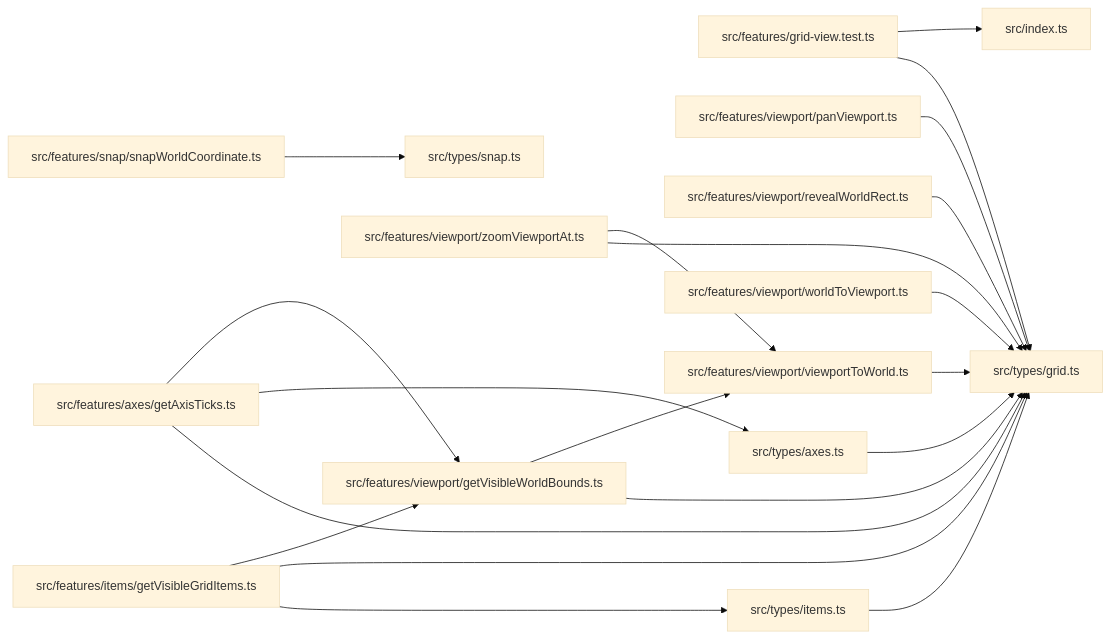
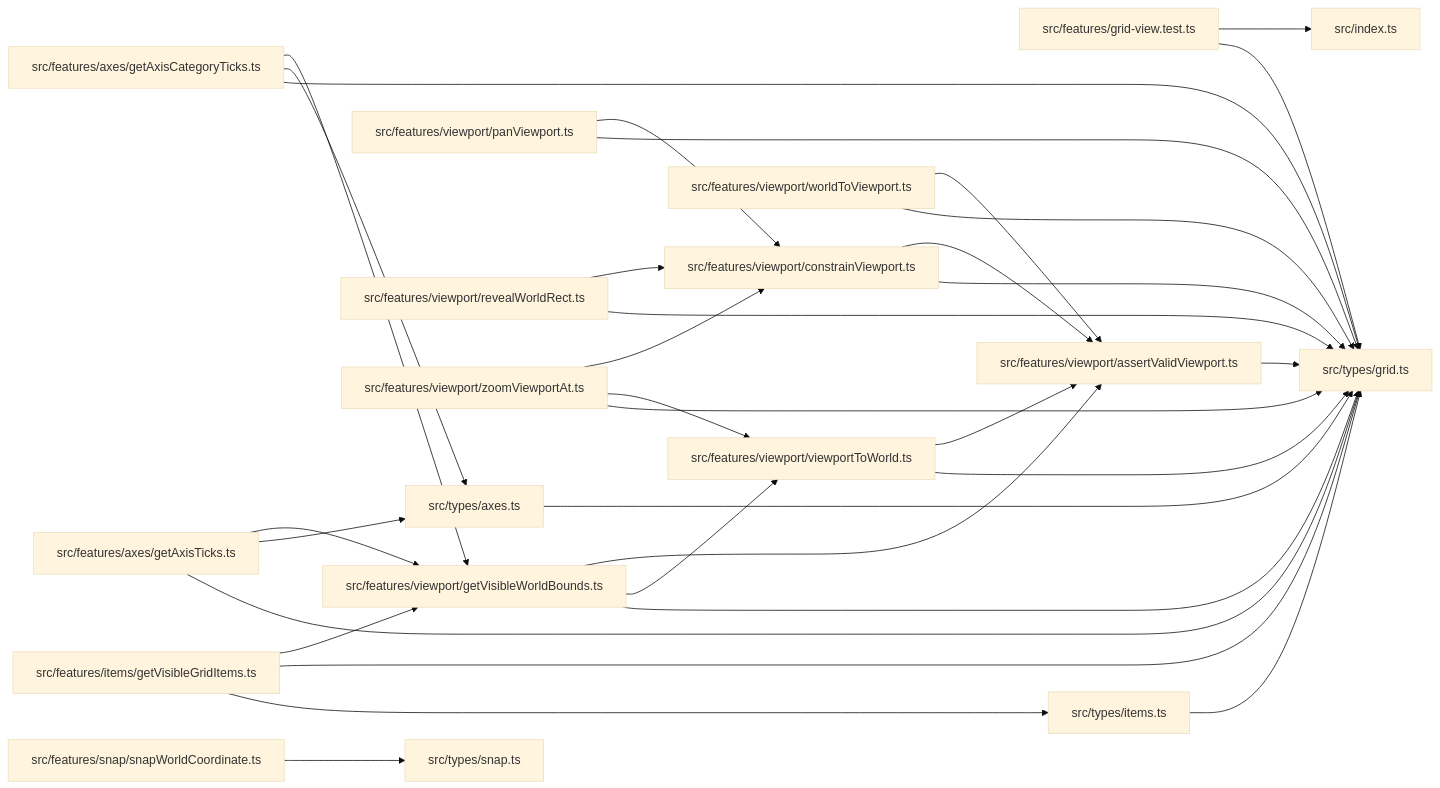
One commit to ankhorage/grid-view changed the diagram in docs/diagrams/module-relationships.mmd. Above: the diagram before and after it, drawn with Mermaid (base theme). The commit also changed 18 other files, not shown here.

```diff
--- a/docs/diagrams/module-relationships.mmd
+++ b/docs/diagrams/module-relationships.mmd
@@ -1,35 +1,50 @@
 graph LR
+  module_src_features_axes_getAxisCategoryTicks_ts["src/features/axes/getAxisCategoryTicks.ts"]
   module_src_features_axes_getAxisTicks_ts["src/features/axes/getAxisTicks.ts"]
   module_src_features_grid_view_test_ts["src/features/grid-view.test.ts"]
   module_src_features_items_getVisibleGridItems_ts["src/features/items/getVisibleGridItems.ts"]
   module_src_features_snap_snapWorldCoordinate_ts["src/features/snap/snapWorldCoordinate.ts"]
+  module_src_features_viewport_assertValidViewport_ts["src/features/viewport/assertValidViewport.ts"]
+  module_src_features_viewport_constrainViewport_ts["src/features/viewport/constrainViewport.ts"]
   module_src_features_viewport_getVisibleWorldBounds_ts["src/features/viewport/getVisibleWorldBounds.ts"]
   module_src_features_viewport_panViewport_ts["src/features/viewport/panViewport.ts"]
   module_src_features_viewport_revealWorldRect_ts["src/features/viewport/revealWorldRect.ts"]
   module_src_features_viewport_viewportToWorld_ts["src/features/viewport/viewportToWorld.ts"]
   module_src_features_viewport_worldToViewport_ts["src/features/viewport/worldToViewport.ts"]
   module_src_features_viewport_zoomViewportAt_ts["src/features/viewport/zoomViewportAt.ts"]
   module_src_index_ts["src/index.ts"]
   module_src_types_axes_ts["src/types/axes.ts"]
   module_src_types_grid_ts["src/types/grid.ts"]
   module_src_types_items_ts["src/types/items.ts"]
   module_src_types_snap_ts["src/types/snap.ts"]
+  module_src_features_axes_getAxisCategoryTicks_ts --> module_src_features_viewport_getVisibleWorldBounds_ts
+  module_src_features_axes_getAxisCategoryTicks_ts --> module_src_types_axes_ts
+  module_src_features_axes_getAxisCategoryTicks_ts --> module_src_types_grid_ts
   module_src_features_axes_getAxisTicks_ts --> module_src_features_viewport_getVisibleWorldBounds_ts
   module_src_features_axes_getAxisTicks_ts --> module_src_types_axes_ts
   module_src_features_axes_getAxisTicks_ts --> module_src_types_grid_ts
   module_src_features_grid_view_test_ts --> module_src_index_ts
   module_src_features_grid_view_test_ts --> module_src_types_grid_ts
   module_src_features_items_getVisibleGridItems_ts --> module_src_features_viewport_getVisibleWorldBounds_ts
   module_src_features_items_getVisibleGridItems_ts --> module_src_types_grid_ts
   module_src_features_items_getVisibleGridItems_ts --> module_src_types_items_ts
   module_src_features_snap_snapWorldCoordinate_ts --> module_src_types_snap_ts
+  module_src_features_viewport_assertValidViewport_ts --> module_src_types_grid_ts
+  module_src_features_viewport_constrainViewport_ts --> module_src_features_viewport_assertValidViewport_ts
+  module_src_features_viewport_constrainViewport_ts --> module_src_types_grid_ts
+  module_src_features_viewport_getVisibleWorldBounds_ts --> module_src_features_viewport_assertValidViewport_ts
   module_src_features_viewport_getVisibleWorldBounds_ts --> module_src_features_viewport_viewportToWorld_ts
   module_src_features_viewport_getVisibleWorldBounds_ts --> module_src_types_grid_ts
+  module_src_features_viewport_panViewport_ts --> module_src_features_viewport_constrainViewport_ts
   module_src_features_viewport_panViewport_ts --> module_src_types_grid_ts
+  module_src_features_viewport_revealWorldRect_ts --> module_src_features_viewport_constrainViewport_ts
   module_src_features_viewport_revealWorldRect_ts --> module_src_types_grid_ts
+  module_src_features_viewport_viewportToWorld_ts --> module_src_features_viewport_assertValidViewport_ts
   module_src_features_viewport_viewportToWorld_ts --> module_src_types_grid_ts
+  module_src_features_viewport_worldToViewport_ts --> module_src_features_viewport_assertValidViewport_ts
   module_src_features_viewport_worldToViewport_ts --> module_src_types_grid_ts
+  module_src_features_viewport_zoomViewportAt_ts --> module_src_features_viewport_constrainViewport_ts
   module_src_features_viewport_zoomViewportAt_ts --> module_src_features_viewport_viewportToWorld_ts
   module_src_features_viewport_zoomViewportAt_ts --> module_src_types_grid_ts
   module_src_types_axes_ts --> module_src_types_grid_ts
   module_src_types_items_ts --> module_src_types_grid_ts
```
